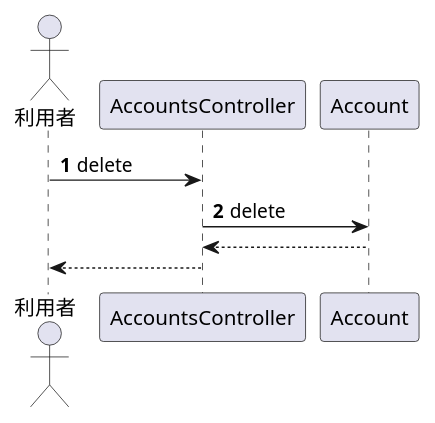
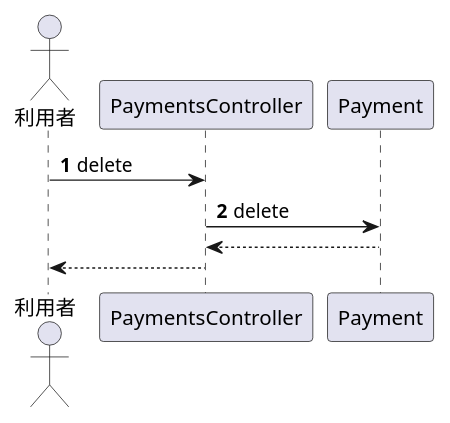
The seventh of 8 diagrams in algieba/sphinx/internal.rst (Leonis0813/chort), drawn with PlantUML before and after one commit. The commit also changed other lines of this file and 2 other files, not shown here.

```diff
--- a/algieba/sphinx/internal.rst
+++ b/algieba/sphinx/internal.rst
@@ -307,11 +307,11 @@
 .. uml::
 
    autonumber
 
    actor 利用者
-   利用者 -> AccountsController : delete
-   AccountsController -> Account : delete
+   利用者 -> PaymentsController : delete
+   PaymentsController -> Payment : delete
 
    autonumber stop
-   Account --> AccountsController
-   AccountsController --> 利用者
+   Payment --> PaymentsController
+   PaymentsController --> 利用者
```
